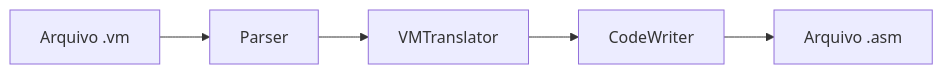
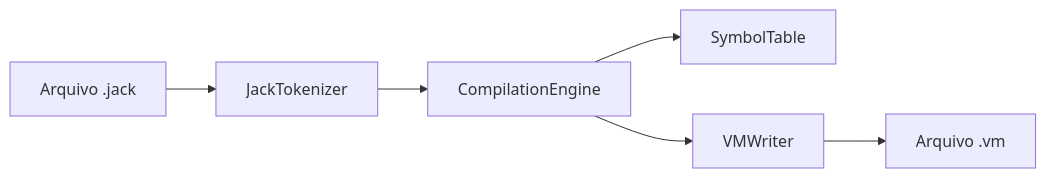
The diagram in README.md (Joao-Ewerton/jack-compiler), drawn with Mermaid before and after one commit. The commit also changed other lines of this file, not shown here.

````diff
--- a/README.md
+++ b/README.md
@@ -141,7 +41,8 @@
 ```mermaid
 flowchart LR
-    A[Arquivo .vm] --> B[Parser]
-    B --> C[VMTranslator]
-    C --> D[CodeWriter]
-    D --> E[Arquivo .asm]
+    A[Arquivo .jack] --> B[JackTokenizer]
+    B --> C[CompilationEngine]
+    C --> D[SymbolTable]
+    C --> E[VMWriter]
+    E --> F[Arquivo .vm]
 ```
````
